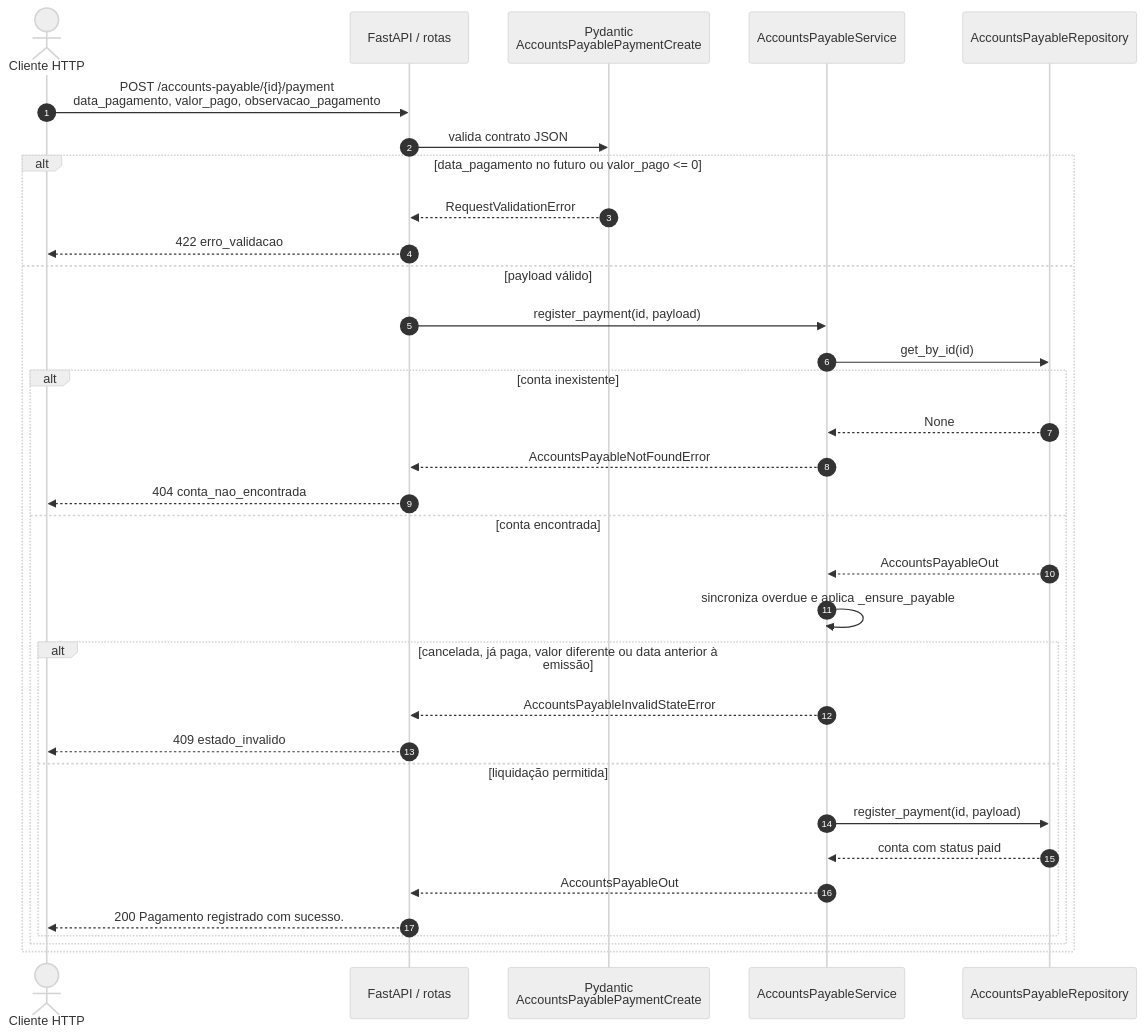
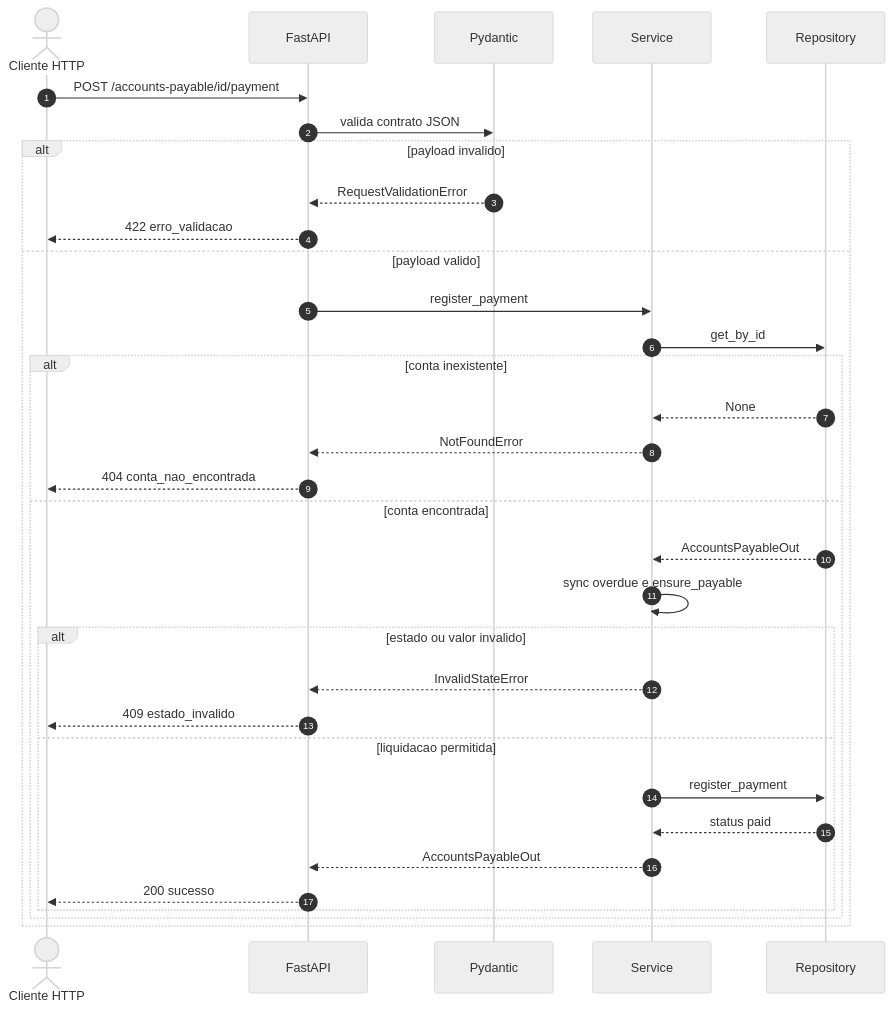
Before and after one commit to marciomello-bbras/projetolaboratorio: the fourth of 5 diagrams in README.md, drawn with Mermaid (neutral theme). The commit also changed other lines of this file and 1 other file, not shown here.

Commit message:
docs(arch): use GitHub-safe Mermaid flowcharts instead of C4

````diff
--- a/README.md
+++ b/README.md
@@ -347,39 +341,39 @@
 ```mermaid
 sequenceDiagram
     autonumber
     actor Cliente as Cliente HTTP
-    participant API as FastAPI / rotas
-    participant Schema as Pydantic<br/>AccountsPayablePaymentCreate
-    participant Svc as AccountsPayableService
-    participant Repo as AccountsPayableRepository
+    participant API as FastAPI
+    participant Schema as Pydantic
+    participant Svc as Service
+    participant Repo as Repository
 
-    Cliente->>API: POST /accounts-payable/{id}/payment<br/>data_pagamento, valor_pago, observacao_pagamento
+    Cliente->>API: POST /accounts-payable/id/payment
     API->>Schema: valida contrato JSON
 
-    alt data_pagamento no futuro ou valor_pago <= 0
+    alt payload invalido
         Schema-->>API: RequestValidationError
         API-->>Cliente: 422 erro_validacao
-    else payload válido
-        API->>Svc: register_payment(id, payload)
-        Svc->>Repo: get_by_id(id)
+    else payload valido
+        API->>Svc: register_payment
+        Svc->>Repo: get_by_id
 
         alt conta inexistente
             Repo-->>Svc: None
-            Svc-->>API: AccountsPayableNotFoundError
+            Svc-->>API: NotFoundError
             API-->>Cliente: 404 conta_nao_encontrada
         else conta encontrada
             Repo-->>Svc: AccountsPayableOut
-            Svc->>Svc: sincroniza overdue e aplica _ensure_payable
+            Svc->>Svc: sync overdue e ensure_payable
 
-            alt cancelada, já paga, valor diferente ou data anterior à emissão
-                Svc-->>API: AccountsPayableInvalidStateError
+            alt estado ou valor invalido
+                Svc-->>API: InvalidStateError
                 API-->>Cliente: 409 estado_invalido
-            else liquidação permitida
-                Svc->>Repo: register_payment(id, payload)
-                Repo-->>Svc: conta com status paid
+            else liquidacao permitida
+                Svc->>Repo: register_payment
+                Repo-->>Svc: status paid
                 Svc-->>API: AccountsPayableOut
-                API-->>Cliente: 200 Pagamento registrado com sucesso.
+                API-->>Cliente: 200 sucesso
             end
         end
     end
 ```
````
